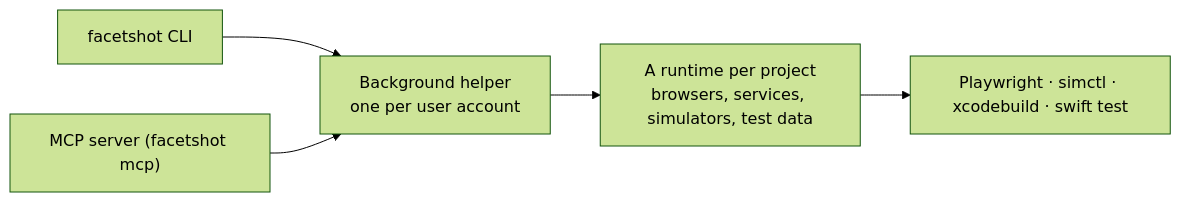
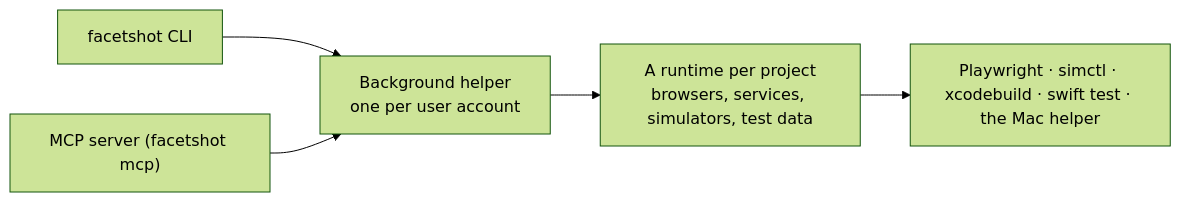
Before and after one commit to Sung-eon/facetshot: the diagram in docs/architecture.md, drawn with Mermaid (forest theme). The commit also changed other lines of this file and 35 other files, not shown here.

````diff
--- a/docs/architecture.md
+++ b/docs/architecture.md
@@ -8,8 +8,8 @@
 ```mermaid
 flowchart LR
   cli["facetshot CLI"] --> helper
   mcp["MCP server (facetshot mcp)"] --> helper
   helper["Background helper<br/>one per user account"] --> runtime
   runtime["A runtime per project<br/>browsers, services, simulators, test data"] --> tools
-  tools["Playwright · simctl · xcodebuild · swift test"]
+  tools["Playwright · simctl · xcodebuild · swift test · the Mac helper"]
 ```
````
